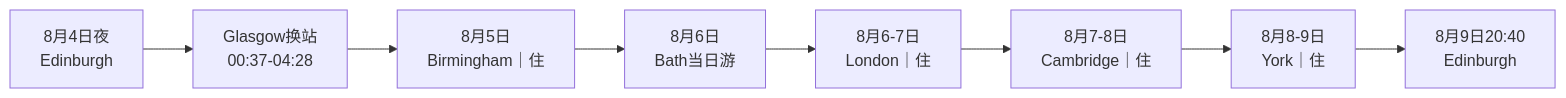
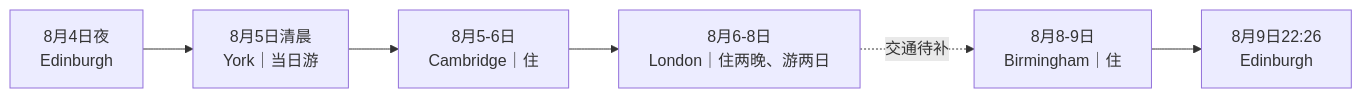
One commit to huangning-ring/obsidian-vault changed the diagram in 个人/2026-08-04夜至09 英格兰五城铁路游_DOCX南下路线版.md. Above: the diagram before and after it, drawn with Mermaid. The commit also changed other lines of this file and 9 other files, not shown here.

````diff
--- a/个人/2026-08-04夜至09 英格兰五城铁路游_DOCX南下路线版.md
+++ b/个人/2026-08-04夜至09 英格兰五城铁路游_DOCX南下路线版.md
@@ -32,10 +25,8 @@
 ```mermaid
 flowchart LR
-    EDB[8月4日夜<br/>Edinburgh] --> GLA[Glasgow换站<br/>00:37-04:28]
-    GLA --> BHM[8月5日<br/>Birmingham｜住]
-    BHM --> BTH[8月6日<br/>Bath当日游]
-    BTH --> LON[8月6-7日<br/>London｜住]
-    LON --> CBG[8月7-8日<br/>Cambridge｜住]
-    CBG --> YRK[8月8-9日<br/>York｜住]
-    YRK --> EDB2[8月9日20:40<br/>Edinburgh]
+    EDB[8月4日夜<br/>Edinburgh] --> YRK[8月5日清晨<br/>York｜当日游]
+    YRK --> CBG[8月5-6日<br/>Cambridge｜住]
+    CBG --> LON[8月6-8日<br/>London｜住两晚、游两日]
+    LON -. 交通待补 .-> BHM[8月8-9日<br/>Birmingham｜住]
+    BHM --> EDB2[8月9日22:26<br/>Edinburgh]
 ```
````
